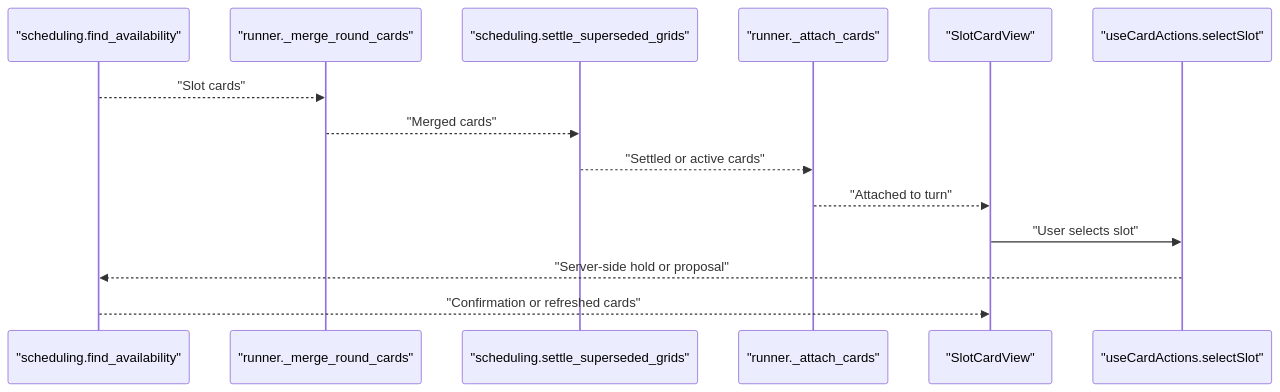
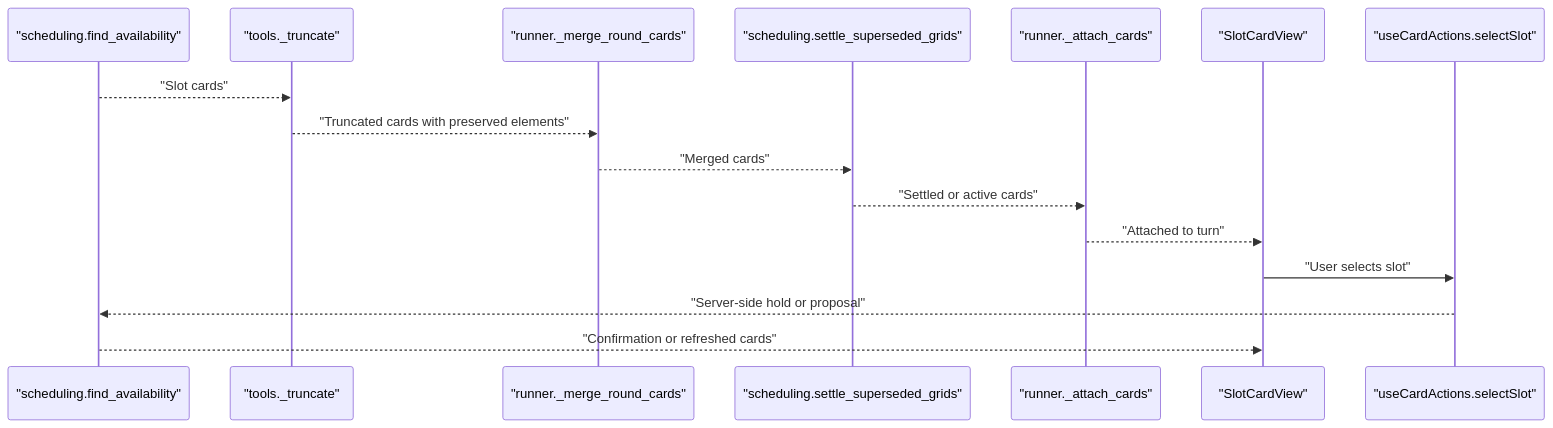
The eighth of 11 diagrams in .qoder/repowiki/en/content/AI Agent System/Conversation Runner/Card Management System.md (gokulkaarthicks/dental-chatbot), drawn with Mermaid before and after one commit. The commit also changed other lines of this file and 280 other files, not shown here.

````diff
--- a/.qoder/repowiki/en/content/AI Agent System/Conversation Runner/Card Management System.md
+++ b/.qoder/repowiki/en/content/AI Agent System/Conversation Runner/Card Management System.md
@@ -381,16 +423,18 @@
 ```mermaid
 sequenceDiagram
 participant Search as "scheduling.find_availability"
+participant Tools as "tools._truncate"
 participant Runner as "runner._merge_round_cards"
 participant Settle as "scheduling.settle_superseded_grids"
 participant Attach as "runner._attach_cards"
 participant UI as "SlotCardView"
 participant Actions as "useCardActions.selectSlot"
-Search-->>Runner : "Slot cards"
+Search-->>Tools : "Slot cards"
+Tools-->>Runner : "Truncated cards with preserved elements"
 Runner-->>Settle : "Merged cards"
 Settle-->>Attach : "Settled or active cards"
 Attach-->>UI : "Attached to turn"
 UI->>Actions : "User selects slot"
 Actions-->>Search : "Server-side hold or proposal"
 Search-->>UI : "Confirmation or refreshed cards"
 ```
````
